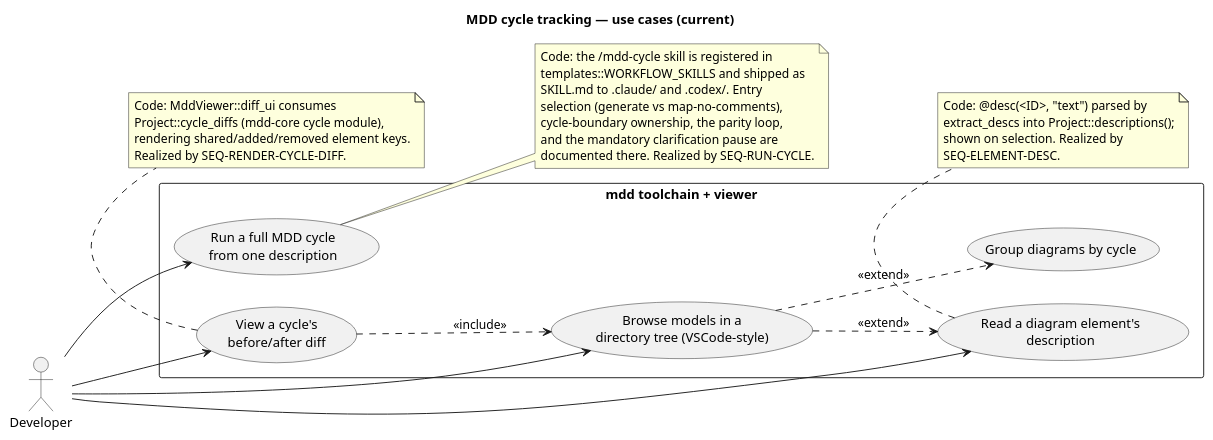
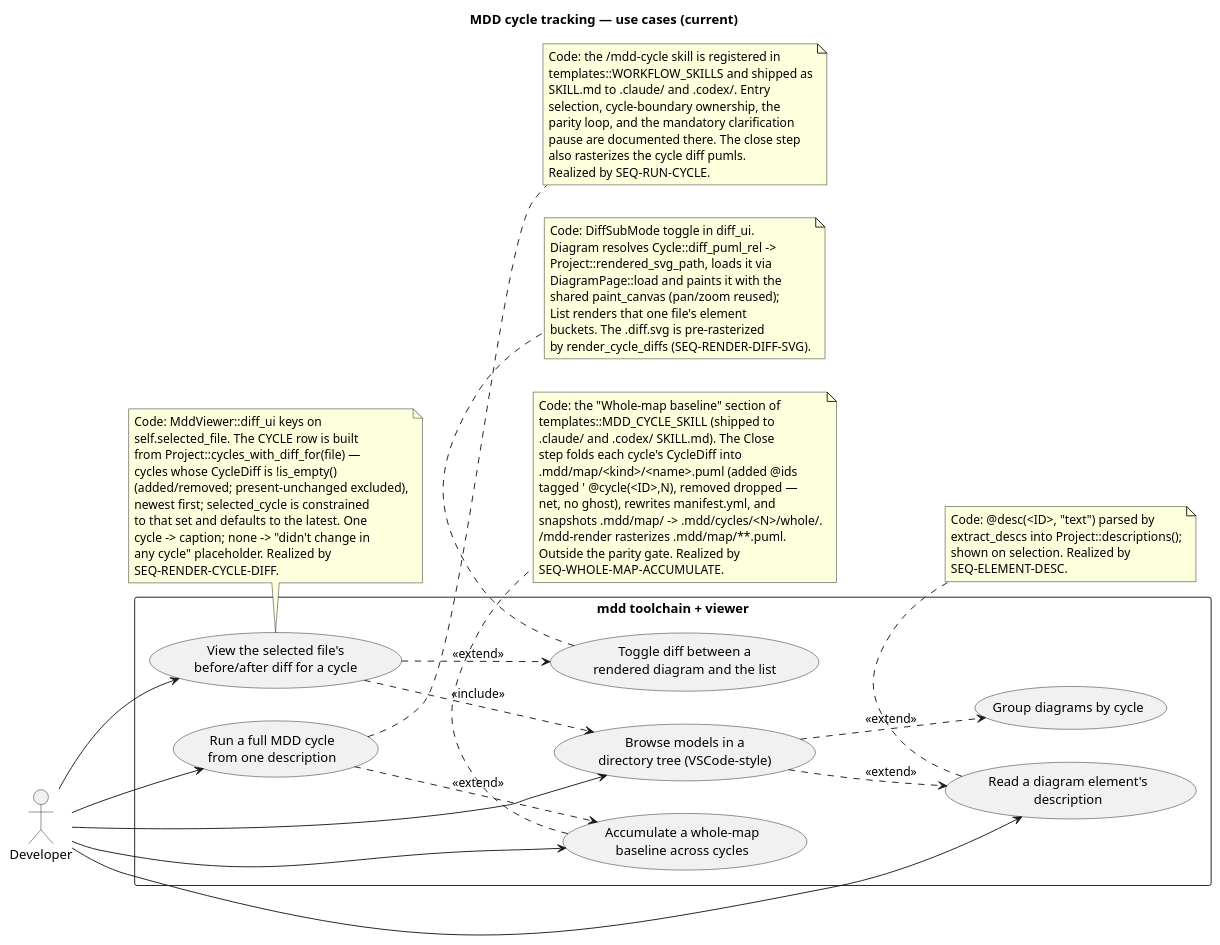
Before and after one commit to cthadeufaria/model-driven-development: the diagram in .mdd/models/current/use-cases/cycle-tracking.puml, drawn with PlantUML. The commit also changed 366 other files, not shown here.

First line of the commit message:
Checkpoint: uncommitted MDD cycles 0001-0005 and crate work

```diff
--- a/.mdd/models/current/use-cases/cycle-tracking.puml
+++ b/.mdd/models/current/use-cases/cycle-tracking.puml
@@ -1,65 +1,106 @@
 @startuml
 ' @id(USE-RUN-CYCLE)
 ' @id(USE-BROWSE-TREE)
 ' @id(USE-GROUP-BY-CYCLE)
 ' @id(USE-CYCLE-DIFF-VIEW)
+' @id(USE-DIFF-DIAGRAM)
 ' @id(USE-ELEMENT-DESC)
+' @id(USE-WHOLE-MAP)
 ' @ref(USE-VIEW-DIAGRAMS)
 '
 ' Current-side use cases for cycle tracking, derived from the
 ' implemented code: the /mdd-cycle skill (templates::MDD_CYCLE_SKILL +
 ' .claude/.codex/skills/mdd-cycle/SKILL.md) and the mdd-viewer rail,
 ' Diff tab, and MODEL CONTEXT description block.
 '
 ' @desc(USE-RUN-CYCLE, "Implemented as the /mdd-cycle skill: one-shot orchestration of the whole MDD loop from a single description, pausing for clarification.")
 ' @desc(USE-BROWSE-TREE, "Implemented: left rail is a VSCode-style collapsible directory tree (tree.rs TreeNode) instead of a flat list.")
 ' @desc(USE-GROUP-BY-CYCLE, "Implemented: rail Directory/By-cycle toggle groups diagrams under the cycle that touched them, read from .mdd/cycles/.")
-' @desc(USE-CYCLE-DIFF-VIEW, "Implemented: Diff tab shows a cycle's superposed before/after element sets — shared neutral, added green, removed red.")
+' @desc(USE-CYCLE-DIFF-VIEW, "Implemented: MddViewer::diff_ui keys on the rail-selected file; the CYCLE row lists only cycles whose CycleDiff for the file is !is_empty() (real added/removed change, a written .diff) via Project::cycles_with_diff_for — present-unchanged cycles excluded; default latest, caption when one, placeholder when none.")
+' @desc(USE-DIFF-DIAGRAM, "Implemented: diff_ui inner Diagram/List toggle — Diagram paints the file's rendered .diff.svg on the shared canvas (paint_canvas), List shows that file's added/removed/unchanged buckets.")
 ' @desc(USE-ELEMENT-DESC, "Implemented: selecting an @id shows its @desc text in a distinct DESCRIPTION block in the MODEL CONTEXT card.")
+' @desc(USE-WHOLE-MAP, "Implemented: /mdd-cycle's Close step accumulates each cycle's diff into the persisted per-concept .mdd/map/ tree (added @ids copied in with ' @cycle provenance, removed dropped so add-then-remove nets to neither), refreshes .mdd/map/manifest.yml, and snapshots the tree to .mdd/cycles/<N>/whole/. An inspection artifact outside the parity gate.")
 title MDD cycle tracking — use cases (current)
 
 left to right direction
 
 actor "Developer" as Dev
 
 rectangle "mdd toolchain + viewer" {
   usecase "Run a full MDD cycle\nfrom one description" as RunCycle
   usecase "Browse models in a\ndirectory tree (VSCode-style)" as Tree
   usecase "Group diagrams by cycle" as Group
-  usecase "View a cycle's\nbefore/after diff" as Diff
+  usecase "View the selected file's\nbefore/after diff for a cycle" as Diff
+  usecase "Toggle diff between a\nrendered diagram and the list" as DiffDiagram
   usecase "Read a diagram element's\ndescription" as Desc
+  usecase "Accumulate a whole-map\nbaseline across cycles" as WholeMap
 }
 
 Dev --> RunCycle
 Dev --> Tree
 Dev --> Diff
 Dev --> Desc
+Dev --> WholeMap
 
 Tree ..> Group : <<extend>>
 Diff ..> Tree : <<include>>
+Diff ..> DiffDiagram : <<extend>>
 Tree ..> Desc : <<extend>>
+RunCycle ..> WholeMap : <<extend>>
 
 note right of RunCycle
   Code: the /mdd-cycle skill is registered in
   templates::WORKFLOW_SKILLS and shipped as
   SKILL.md to .claude/ and .codex/. Entry
-  selection (generate vs map-no-comments),
-  cycle-boundary ownership, the parity loop,
-  and the mandatory clarification pause are
-  documented there. Realized by SEQ-RUN-CYCLE.
+  selection, cycle-boundary ownership, the
+  parity loop, and the mandatory clarification
+  pause are documented there. The close step
+  also rasterizes the cycle diff pumls.
+  Realized by SEQ-RUN-CYCLE.
 end note
 
 note bottom of Diff
-  Code: MddViewer::diff_ui consumes
-  Project::cycle_diffs (mdd-core cycle module),
-  rendering shared/added/removed element keys.
-  Realized by SEQ-RENDER-CYCLE-DIFF.
+  Code: MddViewer::diff_ui keys on
+  self.selected_file. The CYCLE row is built
+  from Project::cycles_with_diff_for(file) —
+  cycles whose CycleDiff is !is_empty()
+  (added/removed; present-unchanged excluded),
+  newest first; selected_cycle is constrained
+  to that set and defaults to the latest. One
+  cycle -> caption; none -> "didn't change in
+  any cycle" placeholder. Realized by
+  SEQ-RENDER-CYCLE-DIFF.
+end note
+
+note bottom of DiffDiagram
+  Code: DiffSubMode toggle in diff_ui.
+  Diagram resolves Cycle::diff_puml_rel ->
+  Project::rendered_svg_path, loads it via
+  DiagramPage::load and paints it with the
+  shared paint_canvas (pan/zoom reused);
+  List renders that one file's element
+  buckets. The .diff.svg is pre-rasterized
+  by render_cycle_diffs (SEQ-RENDER-DIFF-SVG).
 end note
 
 note bottom of Desc
   Code: @desc(<ID>, "text") parsed by
   extract_descs into Project::descriptions();
   shown on selection. Realized by
   SEQ-ELEMENT-DESC.
 end note
+
+note bottom of WholeMap
+  Code: the "Whole-map baseline" section of
+  templates::MDD_CYCLE_SKILL (shipped to
+  .claude/ and .codex/ SKILL.md). The Close
+  step folds each cycle's CycleDiff into
+  .mdd/map/<kind>/<name>.puml (added @ids
+  tagged ' @cycle(<ID>,N), removed dropped —
+  net, no ghost), rewrites manifest.yml, and
+  snapshots .mdd/map/ -> .mdd/cycles/<N>/whole/.
+  /mdd-render rasterizes .mdd/map/**.puml.
+  Outside the parity gate. Realized by
+  SEQ-WHOLE-MAP-ACCUMULATE.
+end note
 @enduml
```
